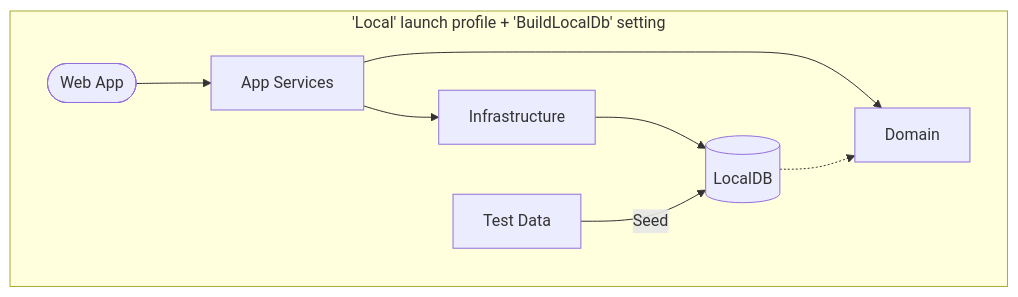
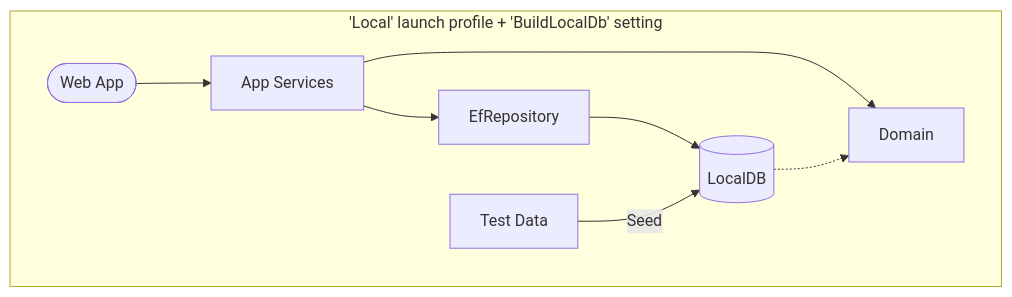
The second of 3 diagrams in README.md (gaepdit/sbeap), drawn with Mermaid before and after one commit. The commit also changed other lines of this file and 147 other files, not shown here.

````diff
--- a/README.md
+++ b/README.md
@@ -117,19 +116,19 @@
 ```mermaid
 flowchart LR
     subgraph SPB["'Local' launch profile + 'BuildLocalDb' setting"]
         direction LR
         D[Domain]
         T[Test Data]
-        R[Infrastructure]
+        R[EfRepository]
         A[App Services]
         W([Web App])
         B[(LocalDB)]
 
         W --> A
         A --> D
         R --> B
         A --> R
         T -->|Seed| B
         B -.-> D
     end
 ```
````
